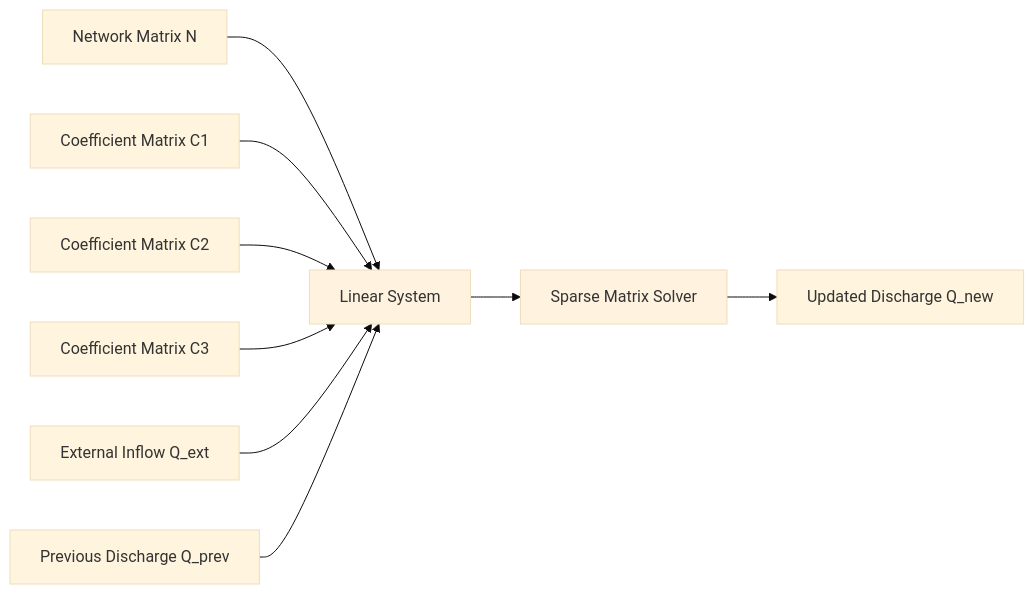
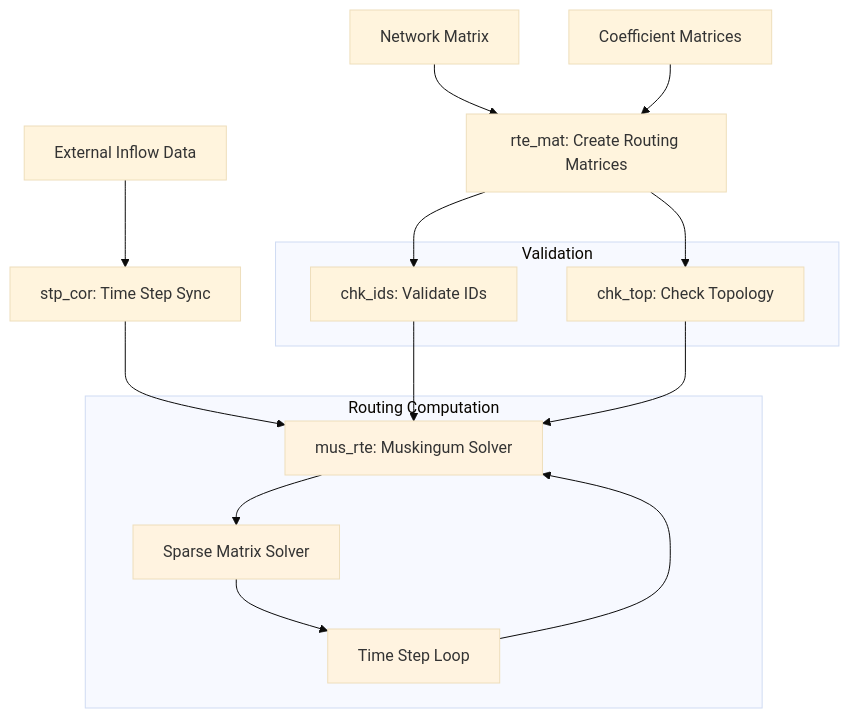
The third of 5 diagrams in docs/developer-guide/architecture.md (c-h-david/rapid-hub), drawn with Mermaid (base theme) before and after one commit. The commit also changed other lines of this file and 3 other files, not shown here.

````diff
--- a/docs/developer-guide/architecture.md
+++ b/docs/developer-guide/architecture.md
@@ -150,14 +81,31 @@
 ```mermaid
-graph LR
-    A[Network Matrix N] --> D[Linear System]
-    B[Coefficient Matrix C1] --> D
-    C[Coefficient Matrix C2] --> D
-    E[Coefficient Matrix C3] --> D
-    F[External Inflow Q_ext] --> D
-    G[Previous Discharge Q_prev] --> D
-    D --> H[Sparse Matrix Solver]
-    H --> I[Updated Discharge Q_new]
+graph TD
+    A[Network Matrix] --> D[rte_mat: Create Routing Matrices]
+    B[Coefficient Matrices] --> D
+    C[External Inflow Data] --> E[stp_cor: Time Step Sync]
     
-    style D fill:#fff3e0
+    subgraph "Validation"
+        F[chk_ids: Validate IDs]
+        G[chk_top: Check Topology]
+    end
+    
+    subgraph "Routing Computation"
+        H[mus_rte: Muskingum Solver]
+        I[Sparse Matrix Solver]
+        J[Time Step Loop]
+    end
+    
+    D --> F
+    D --> G
+    E --> H
+    F --> H
+    G --> H
+    
+    H --> I
+    I --> J
+    J --> H
+    
     style H fill:#fff3e0
+    style I fill:#fff3e0
+    style J fill:#fff3e0
 ```
````
